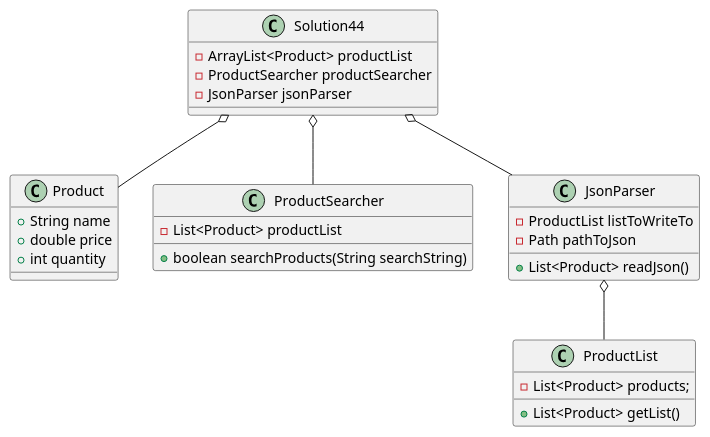
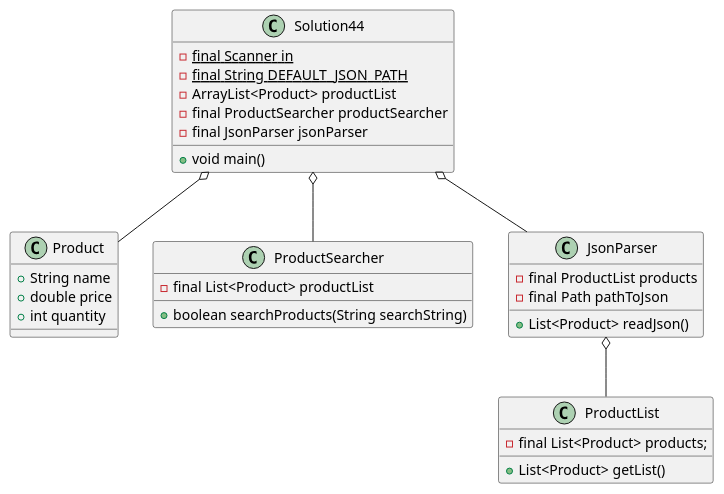
Before and after one commit to RadoMiami-UCF/guthre-a04: the diagram in exercise44/docs/exercise44diagram.puml, drawn with PlantUML. The commit also changed 14 other files, not shown here.

```diff
--- a/exercise44/docs/exercise44diagram.puml
+++ b/exercise44/docs/exercise44diagram.puml
@@ -1,34 +1,37 @@
 @startuml
 Solution44 o-- Product
 Solution44 o-- ProductSearcher
 Solution44 o-- JsonParser
 JsonParser o-- ProductList
 
 class Solution44 {
+-{static} final Scanner in
+-{static} final String DEFAULT_JSON_PATH
 -ArrayList<Product> productList
--ProductSearcher productSearcher
--JsonParser jsonParser
+-final ProductSearcher productSearcher
+-final JsonParser jsonParser
++void main()
 }
 
 class JsonParser {
--ProductList listToWriteTo
--Path pathToJson
+-final ProductList products
+-final Path pathToJson
 +List<Product> readJson()
 }
 
 class ProductSearcher {
--List<Product> productList
+-final List<Product> productList
 +boolean searchProducts(String searchString)
 }
 
 class ProductList {
--List<Product> products;
+-final List<Product> products;
 +List<Product> getList()
 }
 
 class Product {
 +String name
 +double price
 +int quantity
 }
 @enduml
```
